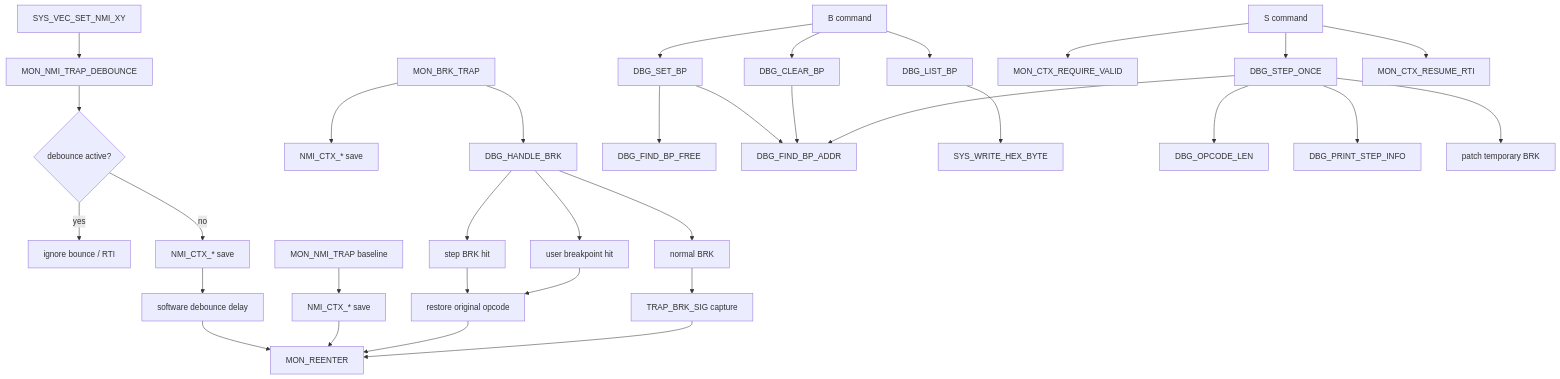
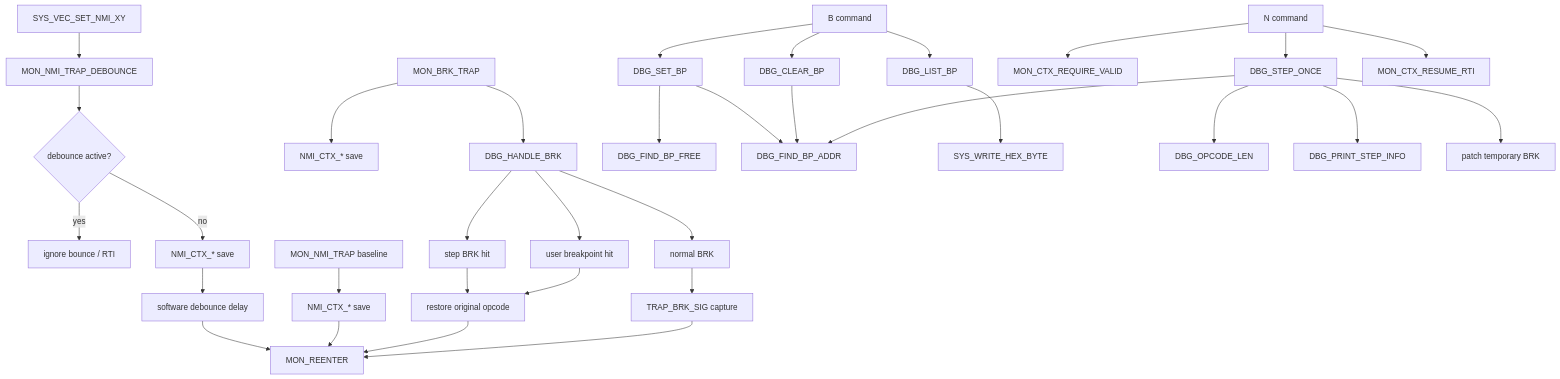
The fifth of 7 diagrams in DOC/GUIDES/HIMON_MAP.md (95westus/R-YORS), drawn with Mermaid before and after one commit. The commit also changed other lines of this file and 89 other files, not shown here.

````diff
--- a/DOC/GUIDES/HIMON_MAP.md
+++ b/DOC/GUIDES/HIMON_MAP.md
@@ -176,38 +176,38 @@
 ```mermaid
 flowchart TD
     SETNMI[SYS_VEC_SET_NMI_XY] --> POC[MON_NMI_TRAP_DEBOUNCE]
     POC --> ACTIVE{debounce active?}
     ACTIVE -->|yes| RTI[ignore bounce / RTI]
     ACTIVE -->|no| NMISAVE[NMI_CTX_* save]
     NMISAVE --> DELAY[software debounce delay]
     DELAY --> REENTER[MON_REENTER]
     BASE[MON_NMI_TRAP baseline] --> BASESAVE[NMI_CTX_* save]
     BASESAVE --> REENTER
 
     BRK[MON_BRK_TRAP] --> BRKSAVE[NMI_CTX_* save]
     BRK --> HANDLE[DBG_HANDLE_BRK]
     HANDLE --> STEPHIT[step BRK hit]
     HANDLE --> BPHIT[user breakpoint hit]
     HANDLE --> NONE[normal BRK]
     STEPHIT --> RESTORE[restore original opcode]
     BPHIT --> RESTORE
     RESTORE --> REENTER
     NONE --> SIG[TRAP_BRK_SIG capture]
     SIG --> REENTER
 
     CMD_B[B command] --> SET[DBG_SET_BP]
     CMD_B --> CLR[DBG_CLEAR_BP]
     CMD_B --> LIST[DBG_LIST_BP]
     SET --> FINDFREE[DBG_FIND_BP_FREE]
     SET --> FINDADDR[DBG_FIND_BP_ADDR]
     CLR --> FINDADDR
     LIST --> PRINT[SYS_WRITE_HEX_BYTE]
 
-    CMD_S[S command] --> CTX[MON_CTX_REQUIRE_VALID]
-    CMD_S --> STEP[DBG_STEP_ONCE]
+    CMD_N[N command] --> CTX[MON_CTX_REQUIRE_VALID]
+    CMD_N --> STEP[DBG_STEP_ONCE]
     STEP --> OPLEN[DBG_OPCODE_LEN]
     STEP --> STEPINFO[DBG_PRINT_STEP_INFO]
     STEP --> FINDADDR
     STEP --> PATCH[patch temporary BRK]
-    CMD_S --> RESUME[MON_CTX_RESUME_RTI]
+    CMD_N --> RESUME[MON_CTX_RESUME_RTI]
 ```
````
